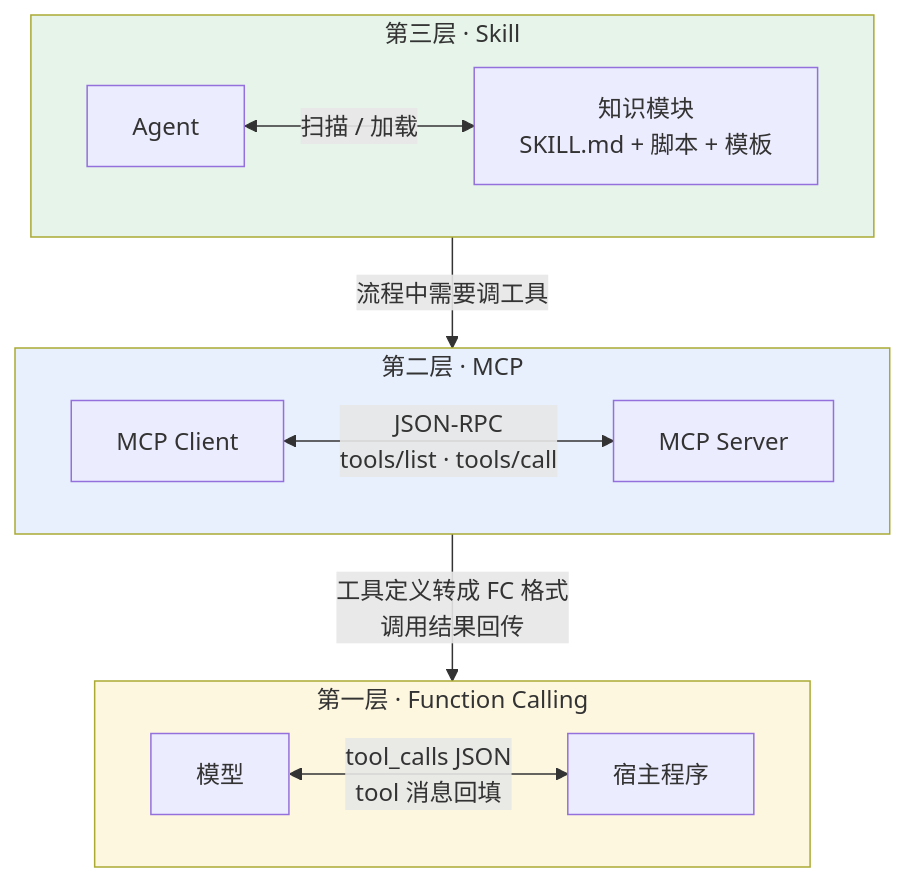
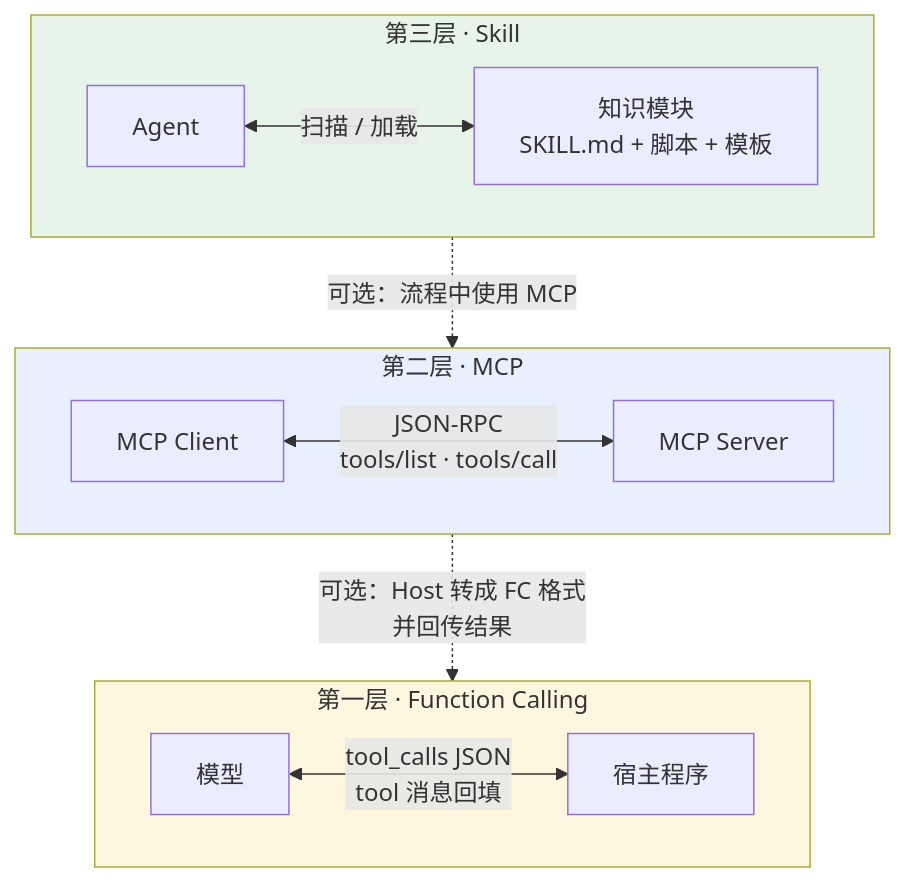
One commit to oneleaveknowsthefall/awesome-ai-roadmap changed the second of 4 diagrams in docs/tools/03-skills/10-fc-skill-mcp.md. Above: the diagram before and after it, drawn with Mermaid. The commit also changed other lines of this file and 50 other files, not shown here.

````diff
--- a/docs/tools/03-skills/10-fc-skill-mcp.md
+++ b/docs/tools/03-skills/10-fc-skill-mcp.md
@@ -41,24 +41,24 @@
 ```mermaid
 flowchart TB
     subgraph L3["第三层 · Skill"]
         direction LR
         AGENT[Agent] <-->|"扫描 / 加载"| KM["知识模块<br/>SKILL.md + 脚本 + 模板"]
     end
 
     subgraph L2["第二层 · MCP"]
         direction LR
         CLIENT[MCP Client] <-->|"JSON-RPC<br/>tools/list · tools/call"| SERVER[MCP Server]
     end
 
     subgraph L1["第一层 · Function Calling"]
         direction LR
         MODEL[模型] <-->|"tool_calls JSON<br/>tool 消息回填"| HOST[宿主程序]
     end
 
-    L3 -->|"流程中需要调工具"| L2
-    L2 -->|"工具定义转成 FC 格式<br/>调用结果回传"| L1
+    L3 -.->|"可选：流程中使用 MCP"| L2
+    L2 -.->|"可选：Host 转成 FC 格式<br/>并回传结果"| L1
 
     style L3 fill:#e6f4ea
     style L2 fill:#e8f0fe
     style L1 fill:#fef7e0
 ```
````
